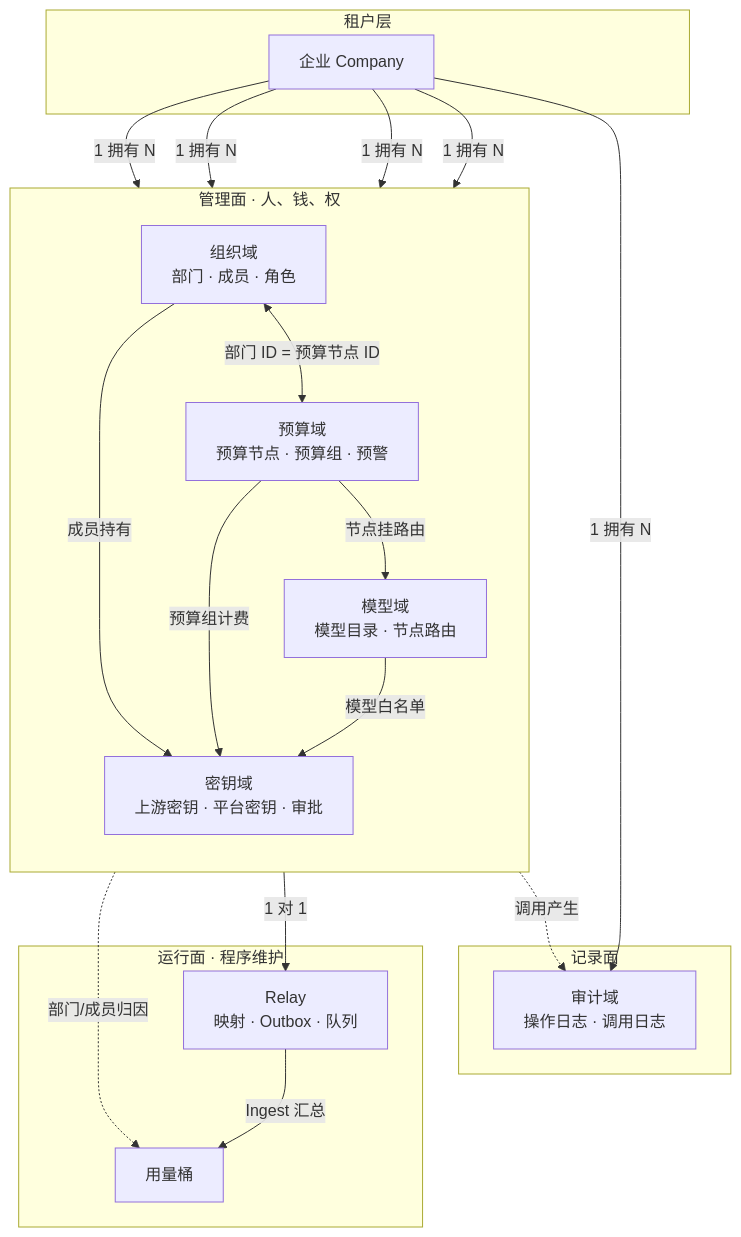
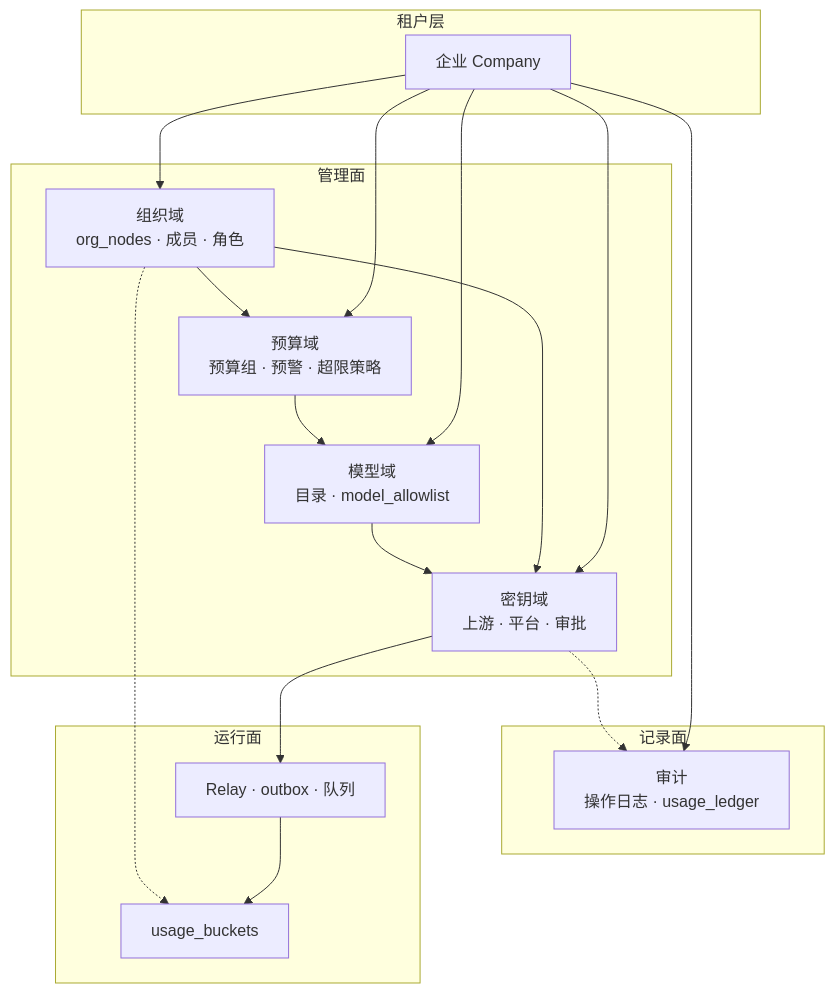
Before and after one commit to quyip8818/mytokenjoy: the second of 10 diagrams in docs/Backend-存储架构.md, drawn with Mermaid. The commit also changed other lines of this file and 132 other files, not shown here.

````diff
--- a/docs/Backend-存储架构.md
+++ b/docs/Backend-存储架构.md
@@ -73,40 +55,36 @@
 ```mermaid
 flowchart TB
   subgraph L0 [租户层]
     CO[企业 Company]
   end
 
-  subgraph L1 [管理面 · 人、钱、权]
-    direction TB
-    ORG[组织域<br/>部门 · 成员 · 角色]
-    BUD[预算域<br/>预算节点 · 预算组 · 预警]
-    KEY[密钥域<br/>上游密钥 · 平台密钥 · 审批]
-    MOD[模型域<br/>模型目录 · 节点路由]
+  subgraph L1 [管理面]
+    ORG[组织域<br/>org_nodes · 成员 · 角色]
+    BUD[预算域<br/>预算组 · 预警 · 超限策略]
+    KEY[密钥域<br/>上游 · 平台 · 审批]
+    MOD[模型域<br/>目录 · model_allowlist]
   end
 
   subgraph L2 [记录面]
-  AUD[审计域<br/>操作日志 · 调用日志]
+    AUD[审计<br/>操作日志 · usage_ledger]
   end
 
-  subgraph L3 [运行面 · 程序维护]
-    RLY[Relay<br/>映射 · Outbox · 队列]
-    USG[用量桶]
+  subgraph L3 [运行面]
+    RLY[Relay · outbox · 队列]
+    USG[usage_buckets]
   end
 
-  CO -->|1 拥有 N| ORG
-  CO -->|1 拥有 N| BUD
-  CO -->|1 拥有 N| KEY
-  CO -->|1 拥有 N| MOD
-  CO -->|1 拥有 N| AUD
-
-  ORG <-->|部门 ID = 预算节点 ID| BUD
-  ORG -->|成员持有| KEY
-  BUD -->|预算组计费| KEY
-  BUD -->|节点挂路由| MOD
-  MOD -->|模型白名单| KEY
-
-  KEY -->|1 对 1| RLY
-  RLY -->|Ingest 汇总| USG
-  KEY -.->|调用产生| AUD
-  ORG -.->|部门/成员归因| USG
+  CO --> ORG
+  CO --> BUD
+  CO --> KEY
+  CO --> MOD
+  CO --> AUD
+  ORG --> BUD
+  ORG --> KEY
+  BUD --> MOD
+  MOD --> KEY
+  KEY --> RLY
+  RLY --> USG
+  KEY -.-> AUD
+  ORG -.-> USG
 ```
````
